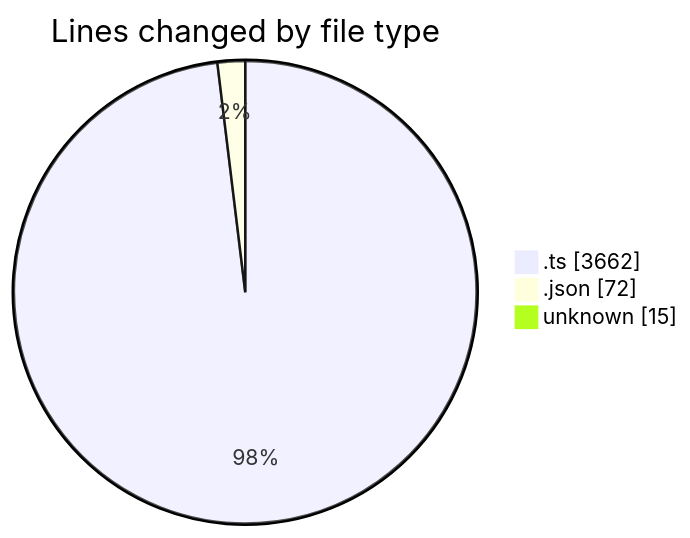
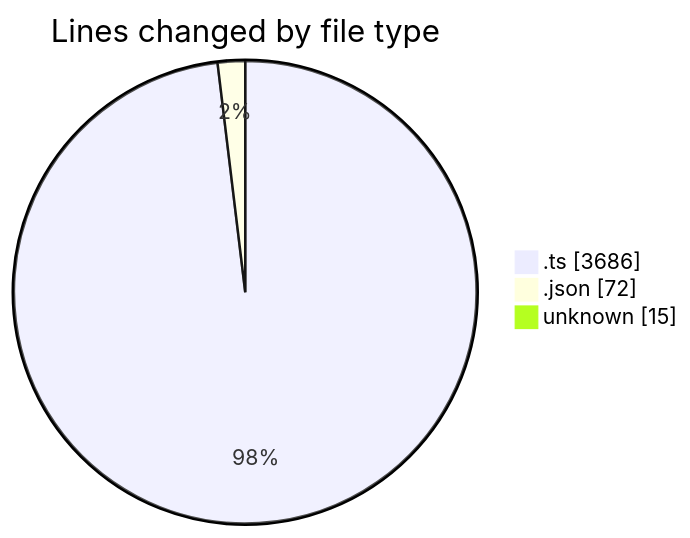
Before and after one commit to lephambinh05/code-tracking: the first of 2 diagrams in 2025-09-10/hiai-phf/README.md, drawn with Mermaid. The commit also changed other lines of this file and 1 other file, not shown here.

````diff
--- a/2025-09-10/hiai-phf/README.md
+++ b/2025-09-10/hiai-phf/README.md
@@ -29,7 +29,7 @@
 ```mermaid
 pie showData
 title Lines changed by file type
-".ts" : 3662
+".ts" : 3686
 ".json" : 72
 "unknown" : 15
 ```
````
